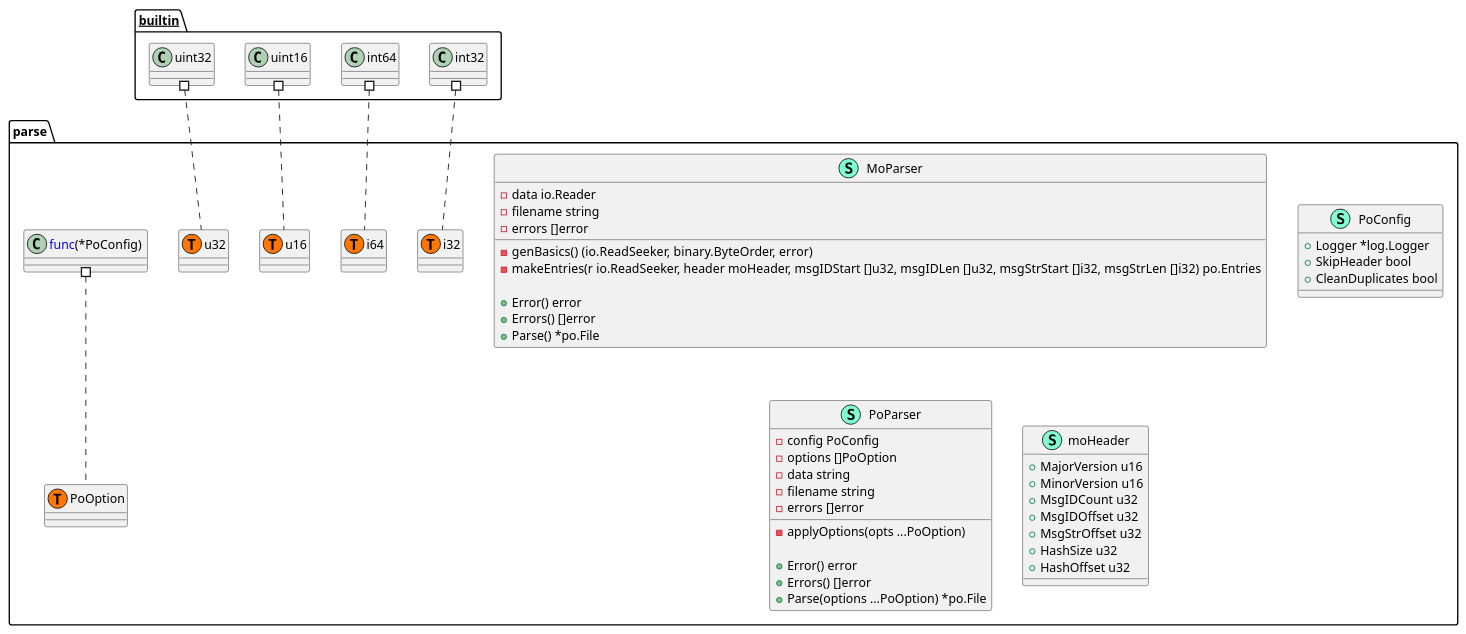
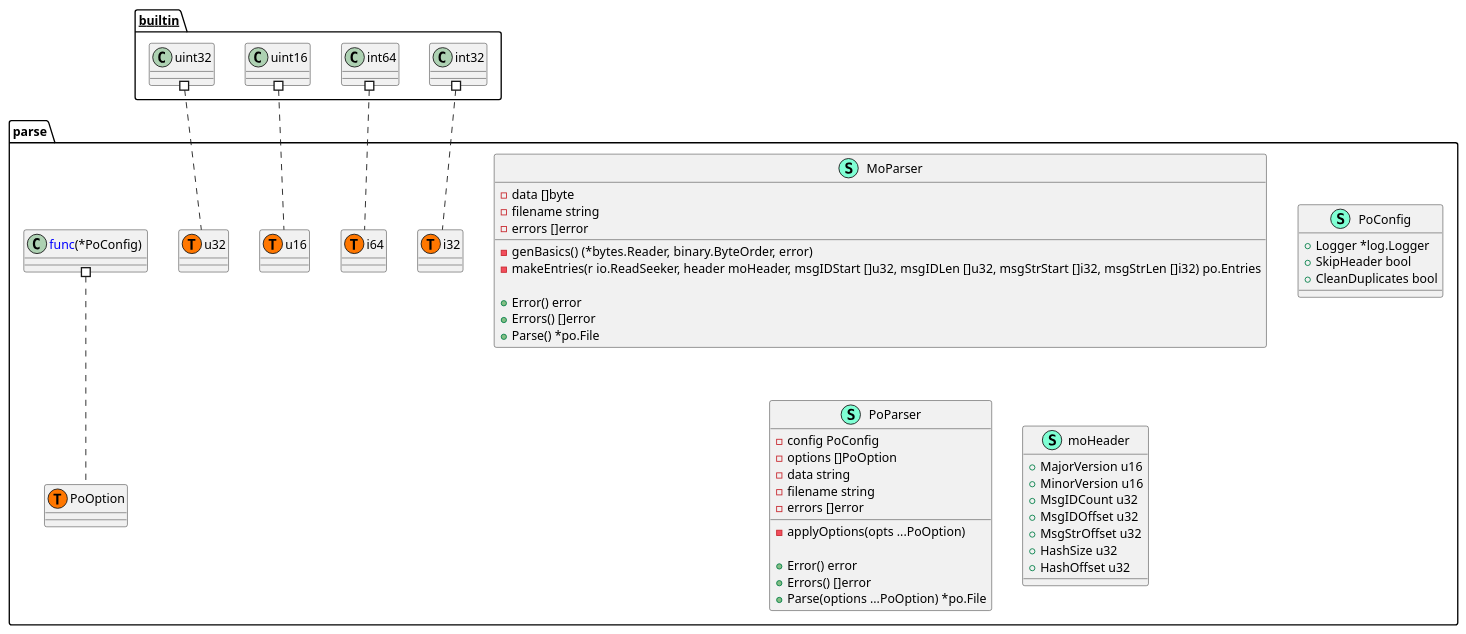
Before and after one commit to Tom5521/gotext-tools: the diagram in pkg/po/parse/structure.puml, drawn with PlantUML. The commit also changed 7 other files, not shown here.

Commit message:
docs: Update plantUML files

```diff
--- a/pkg/po/parse/structure.puml
+++ b/pkg/po/parse/structure.puml
@@ -1,64 +1,64 @@
 @startuml
 namespace parse {
     class MoParser << (S,Aquamarine) >> {
-        - data io.Reader
+        - data []byte
         - filename string
         - errors []error
 
-        - genBasics() (io.ReadSeeker, binary.ByteOrder, error)
+        - genBasics() (*bytes.Reader, binary.ByteOrder, error)
         - makeEntries(r io.ReadSeeker, header moHeader, msgIDStart []u32, msgIDLen []u32, msgStrStart []i32, msgStrLen []i32) po.Entries
 
         + Error() error
         + Errors() []error
         + Parse() *po.File
 
     }
     class PoConfig << (S,Aquamarine) >> {
         + Logger *log.Logger
         + SkipHeader bool
         + CleanDuplicates bool
 
     }
     class PoParser << (S,Aquamarine) >> {
         - config PoConfig
         - options []PoOption
         - data string
         - filename string
         - errors []error
 
         - applyOptions(opts ...PoOption) 
 
         + Error() error
         + Errors() []error
         + Parse(options ...PoOption) *po.File
 
     }
     class moHeader << (S,Aquamarine) >> {
         + MajorVersion u16
         + MinorVersion u16
         + MsgIDCount u32
         + MsgIDOffset u32
         + MsgStrOffset u32
         + HashSize u32
         + HashOffset u32
 
     }
     class parse.PoOption << (T, #FF7700) >>  {
     }
     class parse.i32 << (T, #FF7700) >>  {
     }
     class parse.i64 << (T, #FF7700) >>  {
     }
     class parse.u16 << (T, #FF7700) >>  {
     }
     class parse.u32 << (T, #FF7700) >>  {
     }
 }
 
 
 "__builtin__.int32" #.. "parse.i32"
 "__builtin__.int64" #.. "parse.i64"
 "__builtin__.uint16" #.. "parse.u16"
 "__builtin__.uint32" #.. "parse.u32"
 "parse.<font color=blue>func</font>(*PoConfig) " #.. "parse.PoOption"
 @enduml
```
